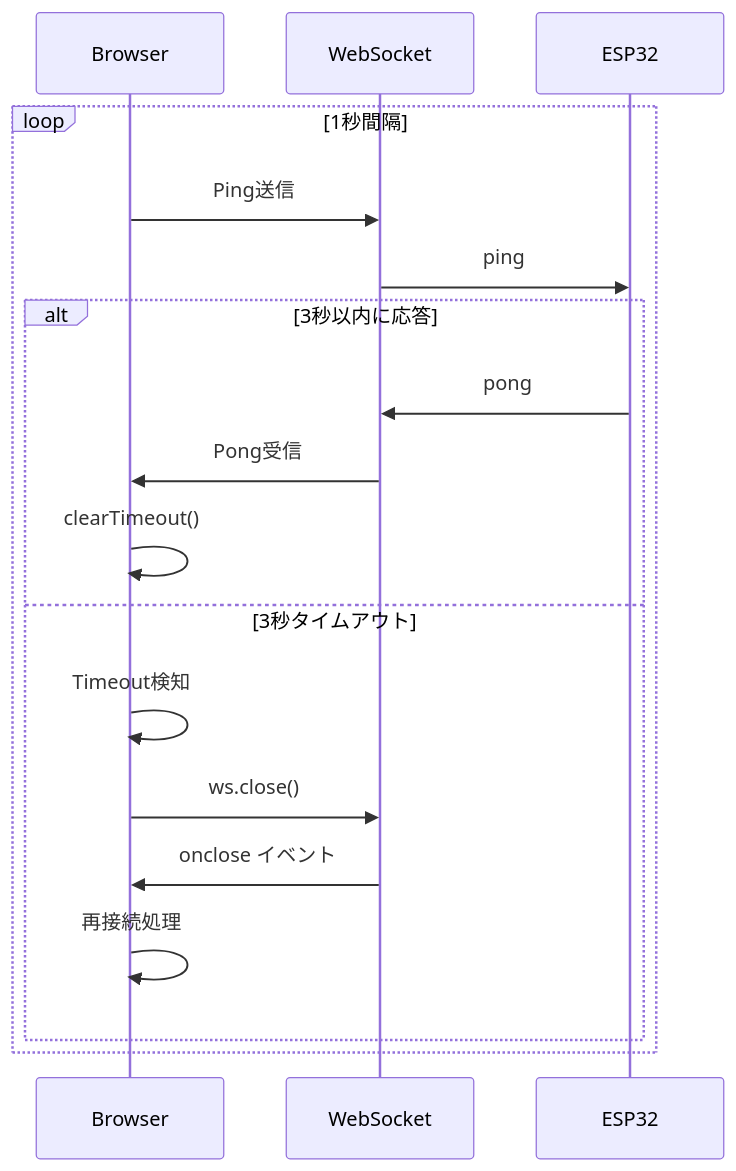
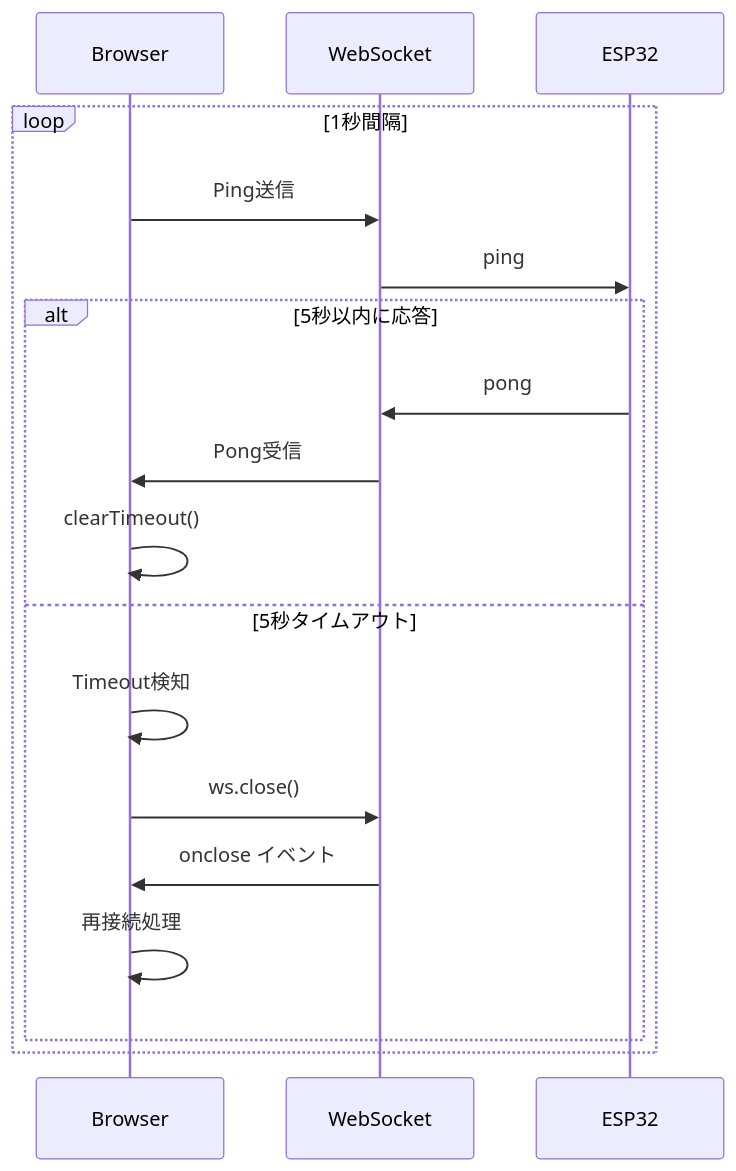
Before and after one commit to Raptor-zip/AichiProgrammingContest2025-HardwareCategory: diagram 16 of 16 in README.md, drawn with Mermaid. The commit also changed other lines of this file and 5 other files, not shown here.

````diff
--- a/README.md
+++ b/README.md
@@ -628,22 +611,22 @@
 ```mermaid
 sequenceDiagram
     participant Browser
     participant WebSocket
     participant ESP32
 
     loop 1秒間隔
         Browser->>WebSocket: Ping送信
         WebSocket->>ESP32: ping
 
-        alt 3秒以内に応答
+        alt 5秒以内に応答
             ESP32->>WebSocket: pong
             WebSocket->>Browser: Pong受信
             Browser->>Browser: clearTimeout()
-        else 3秒タイムアウト
+    else 5秒タイムアウト
             Browser->>Browser: Timeout検知
             Browser->>WebSocket: ws.close()
             WebSocket->>Browser: onclose イベント
             Browser->>Browser: 再接続処理
         end
     end
 ```
````
